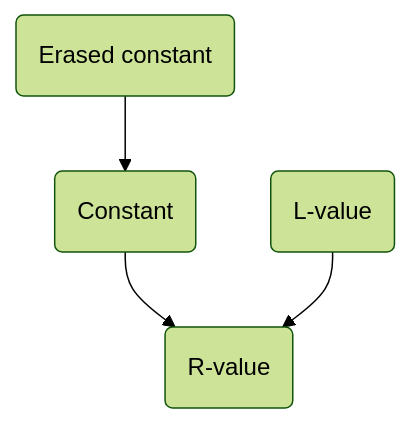
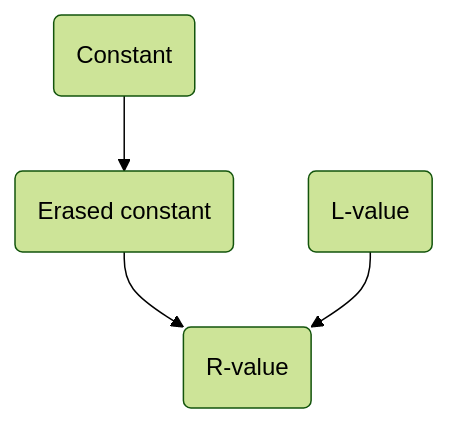
Before and after one commit to carbon-language/carbon-lang: the diagram in docs/design/README.md, drawn with Mermaid (forest theme). The commit also changed other lines of this file, not shown here.

````diff
--- a/docs/design/README.md
+++ b/docs/design/README.md
@@ -404,5 +406,5 @@
 ```mermaid
 graph TD;
-    A(Erased constant)-->B(Constant)-->C(R-value);
+    A(Constant)-->B(Erased constant)-->C(R-value);
     D(L-value)-->C;
 ```
````
